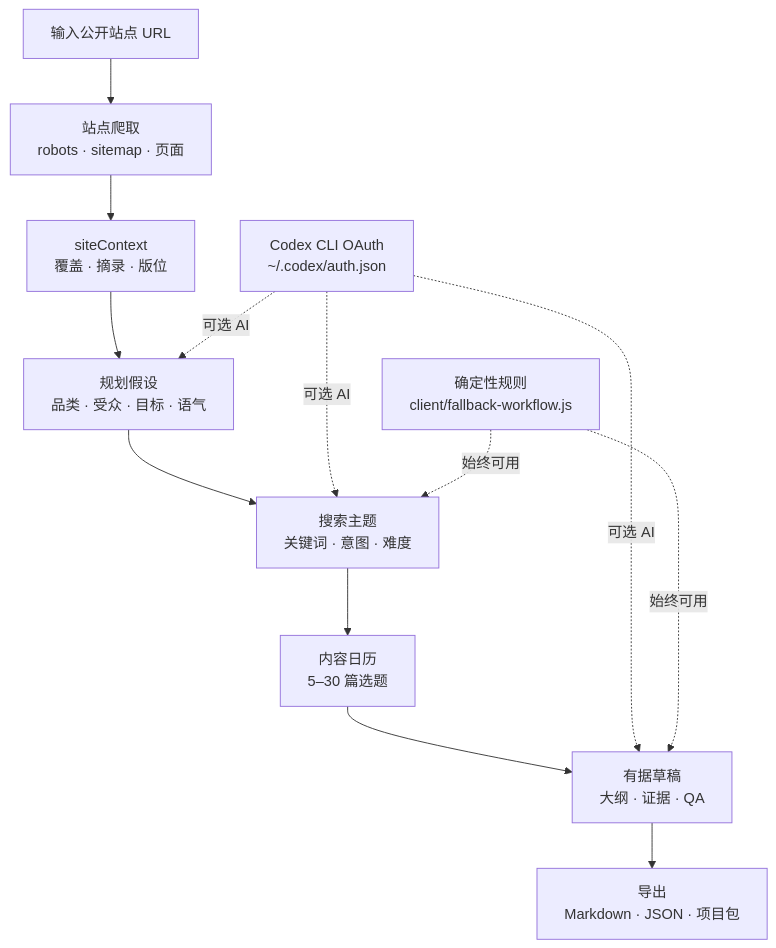
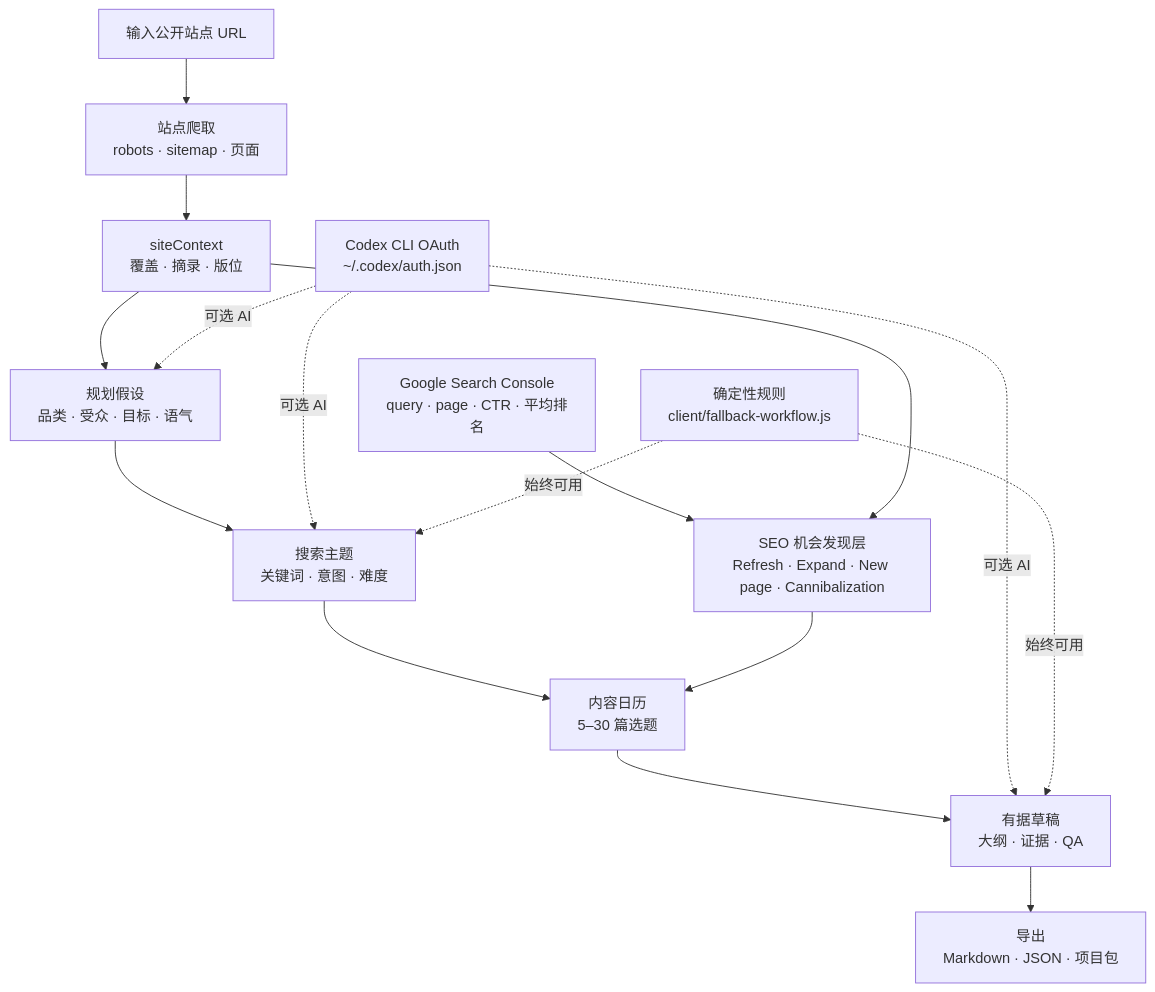
Before and after one commit to ingeniousfrog/Rankwell: the first of 2 diagrams in README-CN.md, drawn with Mermaid. The commit also changed other lines of this file and 45 other files, not shown here.

First line of the commit message:
Add GSC-driven SEO opportunity planning and release v0.2.0.

````diff
--- a/README-CN.md
+++ b/README-CN.md
@@ -43,22 +44,29 @@
 ```mermaid
 flowchart TB
   URL["输入公开站点 URL"]
   Crawl["站点爬取\nrobots · sitemap · 页面"]
   Context["siteContext\n覆盖 · 摘录 · 版位"]
   Assumptions["规划假设\n品类 · 受众 · 目标 · 语气"]
+  GSC["Google Search Console\nquery · page · CTR · 平均排名"]
+  Opportunity["SEO 机会发现层\nRefresh · Expand · New page · Cannibalization"]
   Themes["搜索主题\n关键词 · 意图 · 难度"]
   Calendar["内容日历\n5–30 篇选题"]
   Draft["有据草稿\n大纲 · 证据 · QA"]
   Export["导出\nMarkdown · JSON · 项目包"]
 
   URL --> Crawl --> Context --> Assumptions
-  Assumptions --> Themes --> Calendar --> Draft --> Export
+  Assumptions --> Themes
+  GSC --> Opportunity
+  Context --> Opportunity
+  Themes --> Calendar
+  Opportunity --> Calendar
+  Calendar --> Draft --> Export
 
   Provider["Codex CLI OAuth\n~/.codex/auth.json"]
   Fallback["确定性规则\nclient/fallback-workflow.js"]
   Provider -.->|"可选 AI"| Assumptions
   Provider -.->|"可选 AI"| Themes
   Provider -.->|"可选 AI"| Draft
   Fallback -.->|"始终可用"| Themes
   Fallback -.->|"始终可用"| Draft
 ```
````
